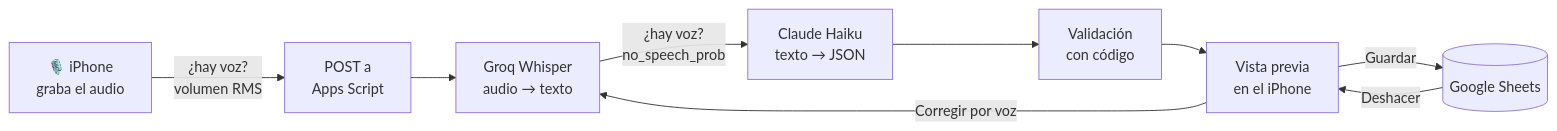
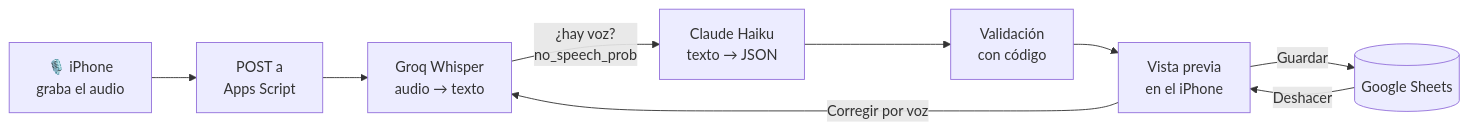
The diagram in README.md (pauumartiiin-bot/gastos-por-voz), drawn with Mermaid before and after one commit. The commit also changed other lines of this file and 1 other file, not shown here.

````diff
--- a/README.md
+++ b/README.md
@@ -39,11 +39,11 @@
 ```mermaid
 flowchart LR
-  A[🎙️ iPhone<br>graba el audio] -->|¿hay voz?<br>volumen RMS| B[POST a<br>Apps Script]
+  A[🎙️ iPhone<br>graba el audio] --> B[POST a<br>Apps Script]
   B --> C[Groq Whisper<br>audio → texto]
   C -->|¿hay voz?<br>no_speech_prob| D[Claude Haiku<br>texto → JSON]
   D --> E[Validación<br>con código]
   E --> F[Vista previa<br>en el iPhone]
   F -->|Guardar| G[(Google Sheets)]
   F -->|Corregir por voz| C
   G -->|Deshacer| F
 ```
````
